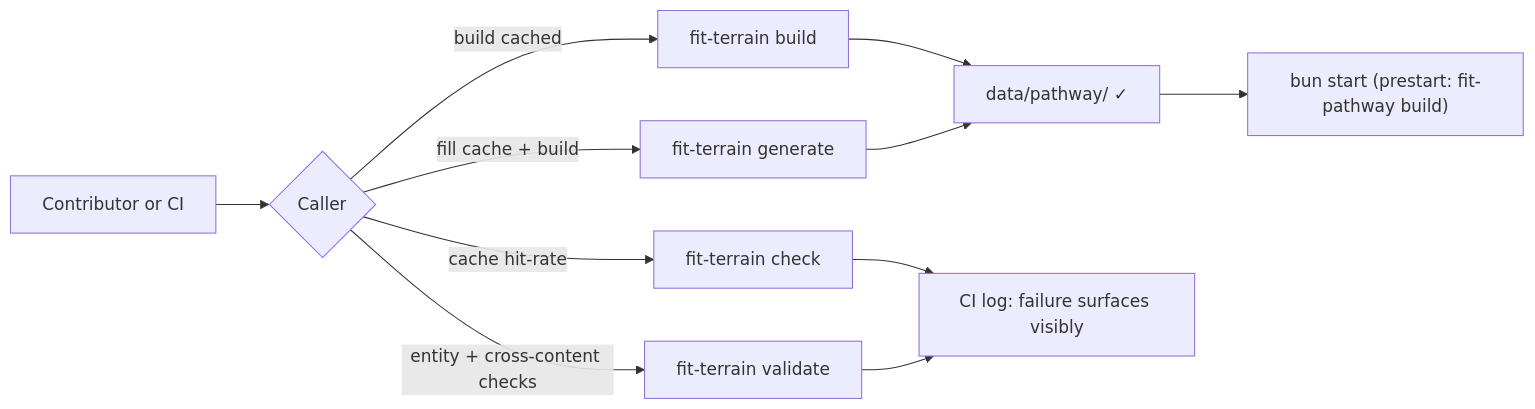
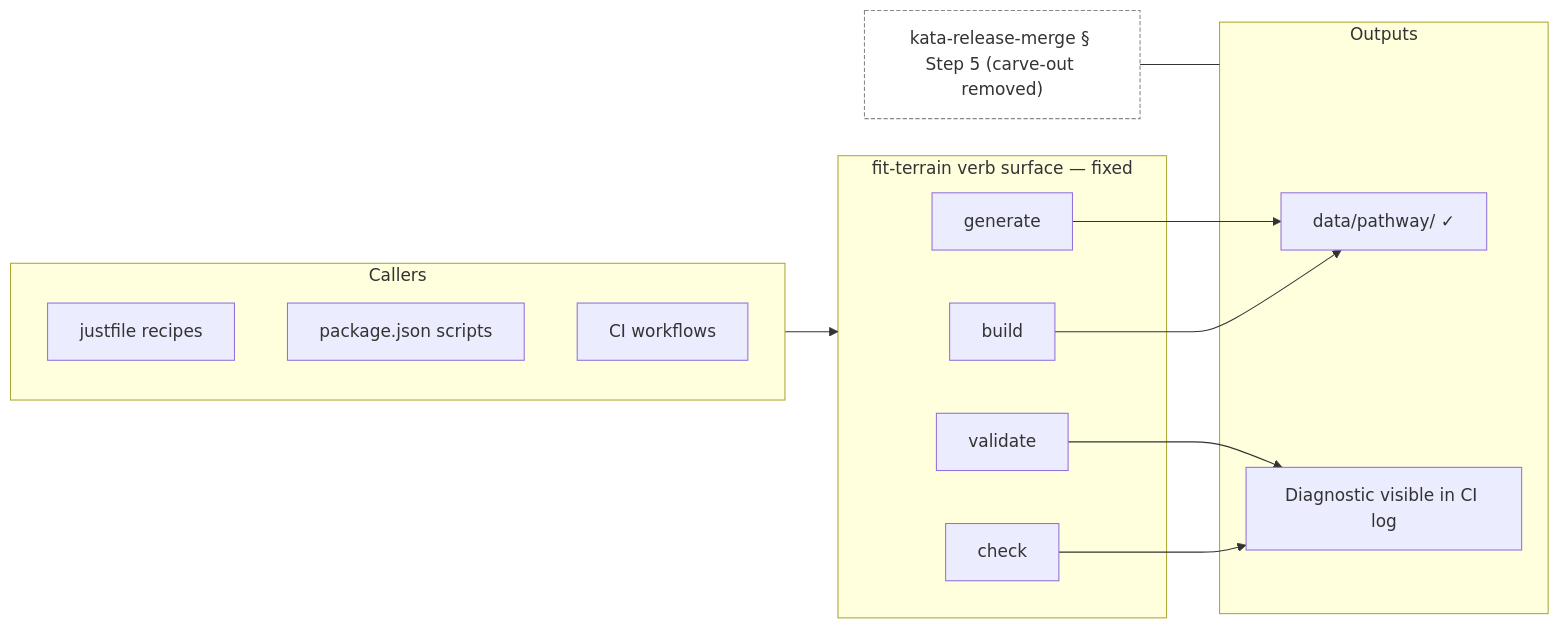
The diagram in specs/750-terrain-refactor-ci-followups/design-a.md (forwardimpact/pathway), drawn with Mermaid before and after one commit. The commit also changed other lines of this file, not shown here.

First line of the commit message:
design(750): address panel findings — abstract caller mapping

````diff
--- a/specs/750-terrain-refactor-ci-followups/design-a.md
+++ b/specs/750-terrain-refactor-ci-followups/design-a.md
@@ -12,13 +12,25 @@
 ```mermaid
 flowchart LR
-  C[Contributor or CI] --> R{Caller}
-  R -->|build cached| B["fit-terrain build"]
-  R -->|fill cache + build| G["fit-terrain generate"]
-  R -->|cache hit-rate| K["fit-terrain check"]
-  R -->|entity + cross-content checks| V["fit-terrain validate"]
-  B --> P["data/pathway/ ✓"]
+  subgraph Callers
+    JS[justfile recipes]
+    PS[package.json scripts]
+    WF[CI workflows]
+  end
+  subgraph CLI[fit-terrain verb surface — fixed]
+    B[build]
+    G[generate]
+    K[check]
+    V[validate]
+  end
+  subgraph Outputs
+    P["data/pathway/ ✓"]
+    L[Diagnostic visible in CI log]
+  end
+  Callers --> CLI
+  B --> P
   G --> P
-  P --> S["bun start (prestart: fit-pathway build)"]
-  K --> L["CI log: failure surfaces visibly"]
+  K --> L
   V --> L
+  MG["kata-release-merge § Step 5 (carve-out removed)"]:::policy --- Outputs
+  classDef policy fill:#fff3,stroke:#888,stroke-dasharray: 4 2
 ```
````
